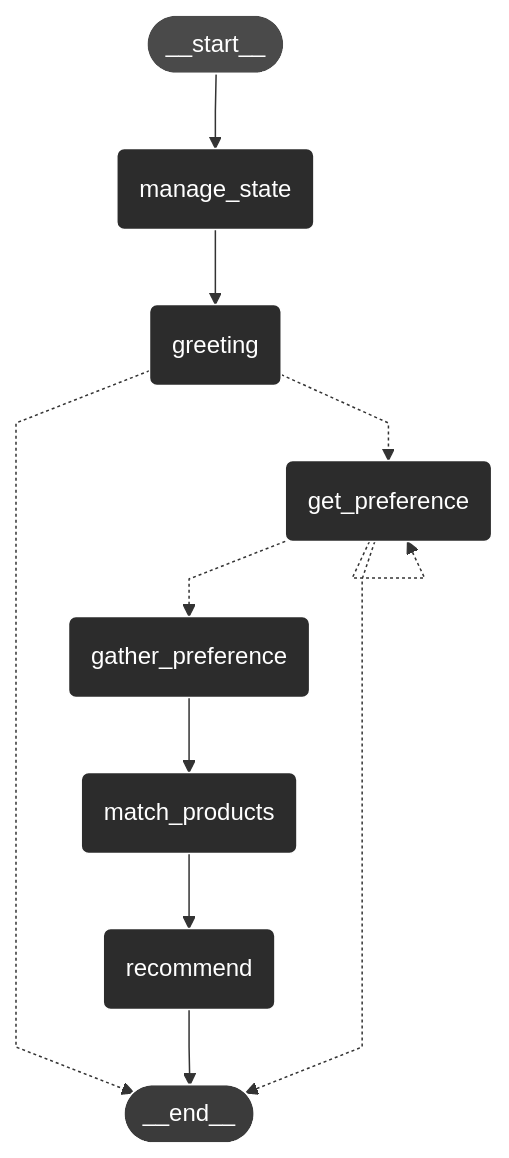
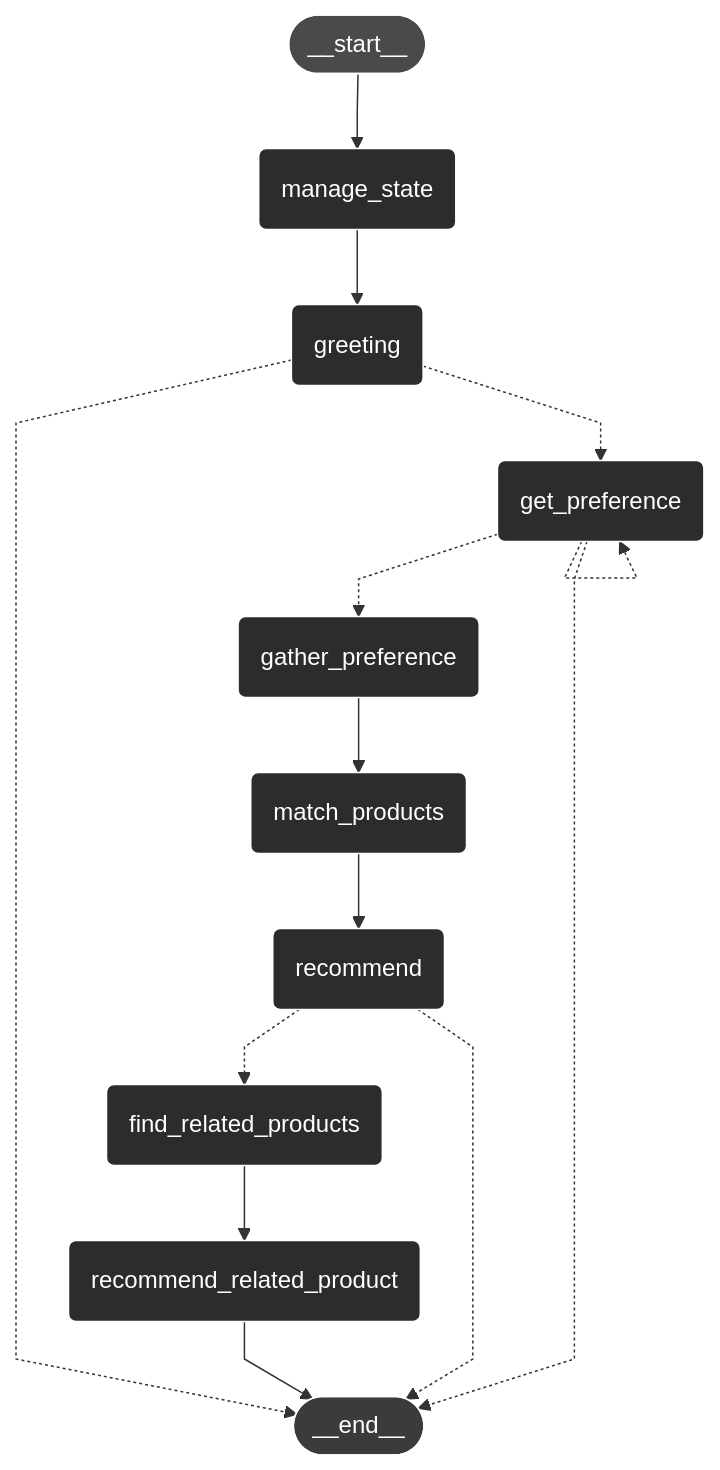
One commit to cintiaching/ai-shopping-buddy changed the diagram in chatbots/README.md. Above: the diagram before and after it, drawn with Mermaid. The commit also changed 2 other files, not shown here.

Commit message:
exclude duplicate related products and revise agent graph

````diff
--- a/chatbots/README.md
+++ b/chatbots/README.md
@@ -6,26 +6,31 @@
 ```mermaid
 %%{init: {'flowchart': {'curve': 'linear'}}}%%
 graph TD;
 	__start__([<p>__start__</p>]):::first
 	get_preference(get_preference)
 	manage_state(manage_state)
 	greeting(greeting)
 	gather_preference(gather_preference)
 	match_products(match_products)
 	recommend(recommend)
+	find_related_products(find_related_products)
+	recommend_related_product(recommend_related_product)
 	__end__([<p>__end__</p>]):::last
 	__start__ --> manage_state;
+	find_related_products --> recommend_related_product;
 	gather_preference --> match_products;
 	manage_state --> greeting;
 	match_products --> recommend;
-	recommend --> __end__;
+	recommend_related_product --> __end__;
 	greeting -.-> __end__;
 	greeting -.-> get_preference;
 	get_preference -.-> gather_preference;
 	get_preference -.-> __end__;
+	recommend -.-> find_related_products;
+	recommend -.-> __end__;
 	get_preference -.-> get_preference;
 	classDef default fill:#1e1e1e, stroke:#ffffff, color:#ffffff;
     classDef first fill:#4a4a4a, color:#ffffff;
     classDef last fill:#3b3b3b, color:#ffffff;
     classDef node fill:#2c2c2c, stroke:#ffffff, color:#ffffff;
 ```
````
